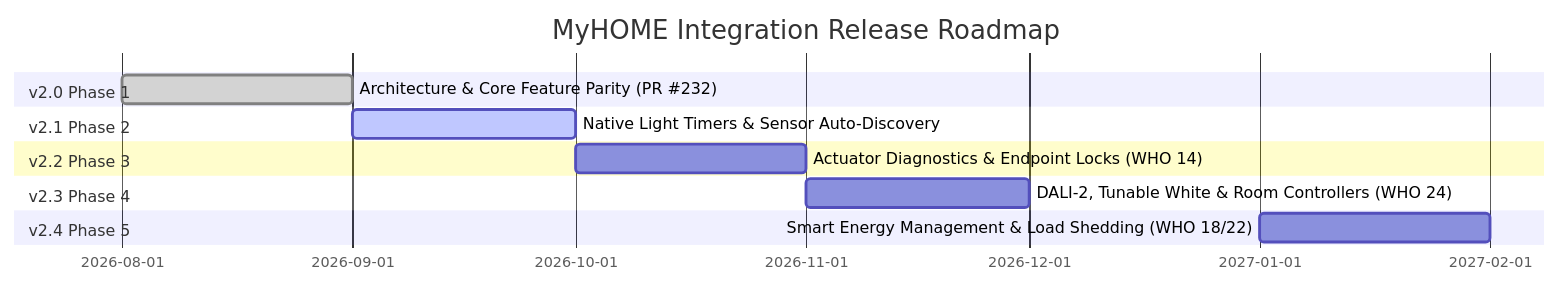
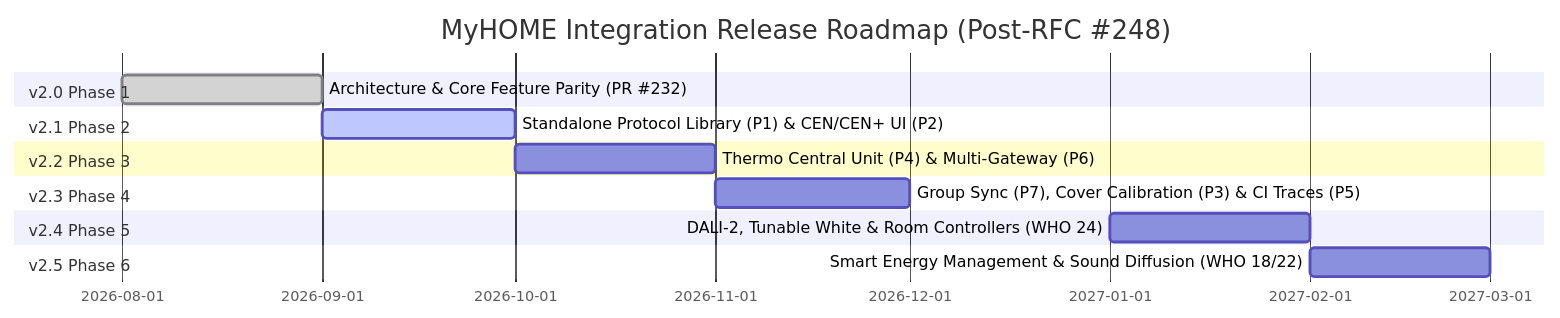
Before and after one commit to DinoMesina/MyHOME: the diagram in ROADMAP.md, drawn with Mermaid. The commit also changed other lines of this file, not shown here.

Commit message:
docs(roadmap): update project roadmap based on RFC #248 consensus

````diff
--- a/ROADMAP.md
+++ b/ROADMAP.md
@@ -11,15 +11,17 @@
 ```mermaid
 gantt
-    title MyHOME Integration Release Roadmap
+    title MyHOME Integration Release Roadmap (Post-RFC #248)
     dateFormat  YYYY-MM
     section v2.0 Phase 1
-    Architecture & Core Feature Parity (PR #232) :done, 2026-08, 2026-09
+    Architecture & Core Feature Parity (PR #232)           :done, 2026-08, 2026-09
     section v2.1 Phase 2
-    Native Light Timers & Sensor Auto-Discovery    :active, 2026-09, 2026-10
+    Standalone Protocol Library (P1) & CEN/CEN+ UI (P2)    :active, 2026-09, 2026-10
     section v2.2 Phase 3
-    Actuator Diagnostics & Endpoint Locks (WHO 14): 2026-10, 2026-11
+    Thermo Central Unit (P4) & Multi-Gateway (P6)         : 2026-10, 2026-11
     section v2.3 Phase 4
-    DALI-2, Tunable White & Room Controllers (WHO 24): 2026-11, 2026-12
+    Group Sync (P7), Cover Calibration (P3) & CI Traces (P5): 2026-11, 2026-12
     section v2.4 Phase 5
-    Smart Energy Management & Load Shedding (WHO 18/22): 2027-01, 2027-02
+    DALI-2, Tunable White & Room Controllers (WHO 24)      : 2027-01, 2027-02
+    section v2.5 Phase 6
+    Smart Energy Management & Sound Diffusion (WHO 18/22)  : 2027-02, 2027-03
 ```
````
